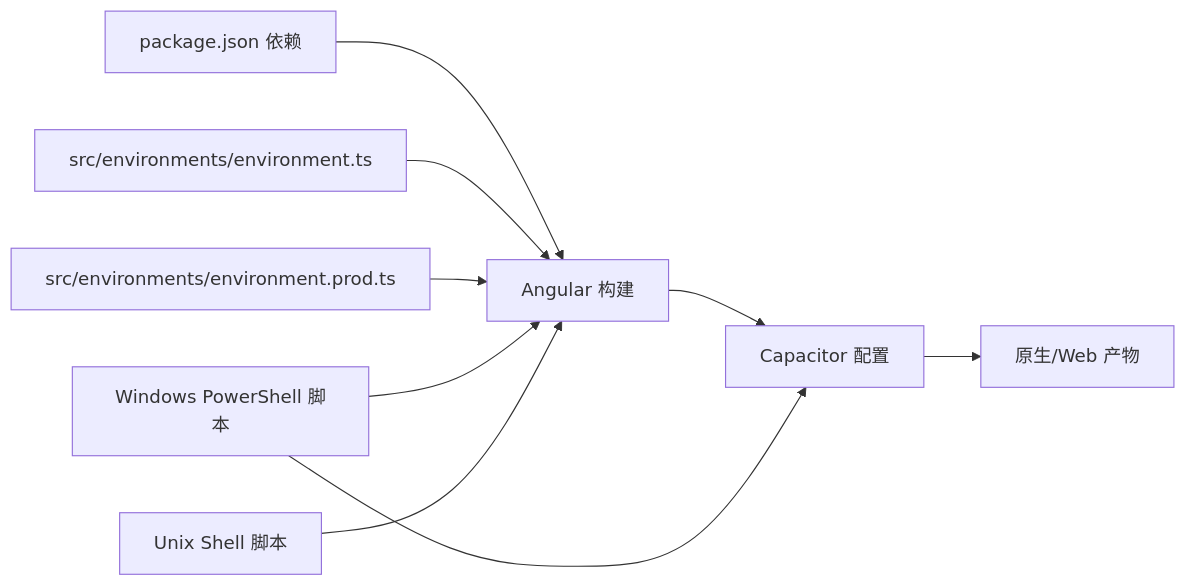
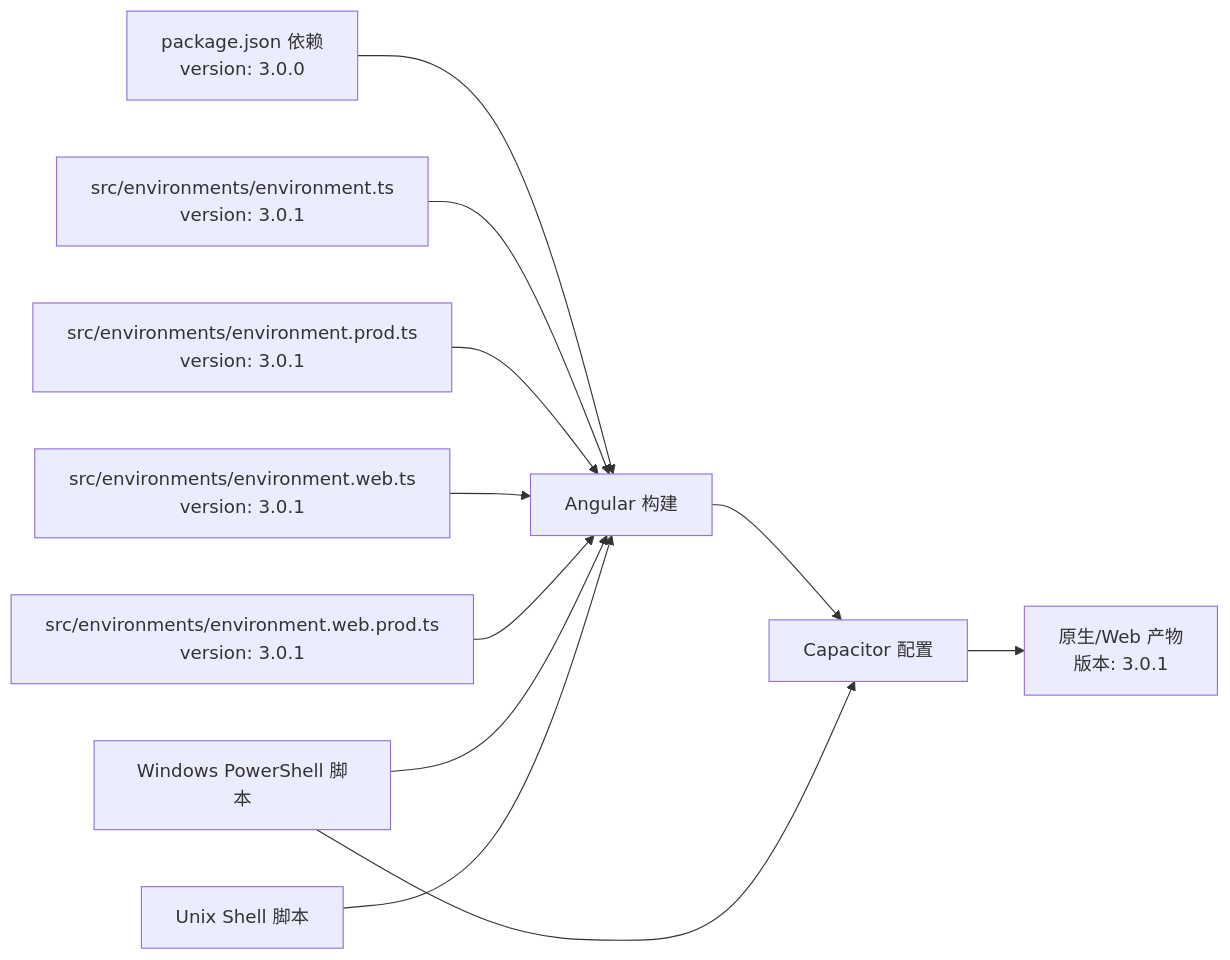
One commit to tea4go/Macro-Deck-Client-App changed the ninth of 9 diagrams in .qoder/repowiki/zh/content/构建与部署/平台部署/平台部署.md. Above: the diagram before and after it, drawn with Mermaid. The commit also changed other lines of this file and 15 other files, not shown here.

````diff
--- a/.qoder/repowiki/zh/content/构建与部署/平台部署/平台部署.md
+++ b/.qoder/repowiki/zh/content/构建与部署/平台部署/平台部署.md
@@ -414,11 +459,13 @@
 ```mermaid
 graph LR
-P["package.json 依赖"] --> A["Angular 构建"]
+P["package.json 依赖<br/>version: 3.0.0"] --> A["Angular 构建"]
 A --> C["Capacitor 配置"]
-C --> R["原生/Web 产物"]
-E1["src/environments/environment.ts"] --> A
-E2["src/environments/environment.prod.ts"] --> A
+C --> R["原生/Web 产物<br/>版本: 3.0.1"]
+E1["src/environments/environment.ts<br/>version: 3.0.1"] --> A
+E2["src/environments/environment.prod.ts<br/>version: 3.0.1"] --> A
+E3["src/environments/environment.web.ts<br/>version: 3.0.1"] --> A
+E4["src/environments/environment.web.prod.ts<br/>version: 3.0.1"] --> A
 WS["Windows PowerShell 脚本"] --> A
 WS --> C
 SH["Unix Shell 脚本"] --> A
 ```
````
